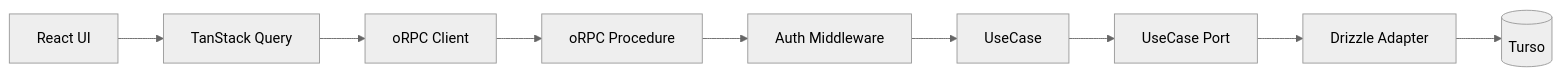
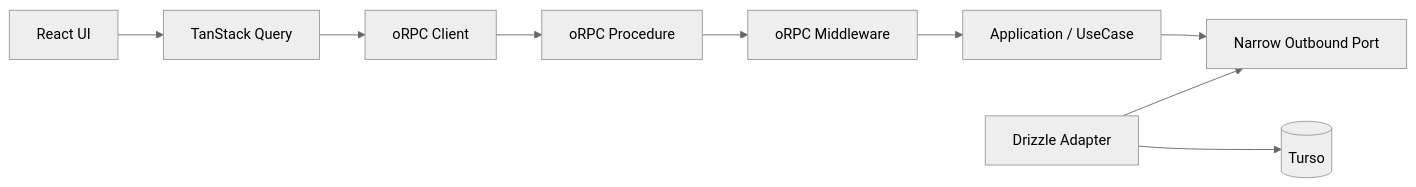
One commit to koralle/pantry changed the first of 2 diagrams in docs/superpowers/specs/2026-08-22-application-architecture-evolution-design.md. Above: the diagram before and after it, drawn with Mermaid (neutral theme). The commit also changed other lines of this file, not shown here.

Commit message:
docs: refine architecture around narrow ports

````diff
--- a/docs/superpowers/specs/2026-08-22-application-architecture-evolution-design.md
+++ b/docs/superpowers/specs/2026-08-22-application-architecture-evolution-design.md
@@ -124,21 +205,21 @@
 ```mermaid
 flowchart LR
   UI[React UI]
   TQ[TanStack Query]
   CLIENT[oRPC Client]
   RPC[oRPC Procedure]
-  AUTH[Auth Middleware]
-  UC[UseCase]
-  PORT[UseCase Port]
+  MW[oRPC Middleware]
+  UC[Application / UseCase]
+  PORT[Narrow Outbound Port]
   INFRA[Drizzle Adapter]
   DB[(Turso)]
 
   UI --> TQ
   TQ --> CLIENT
   CLIENT --> RPC
-  RPC --> AUTH
-  AUTH --> UC
+  RPC --> MW
+  MW --> UC
   UC --> PORT
-  PORT --> INFRA
+  INFRA --> PORT
   INFRA --> DB
 ```
````
